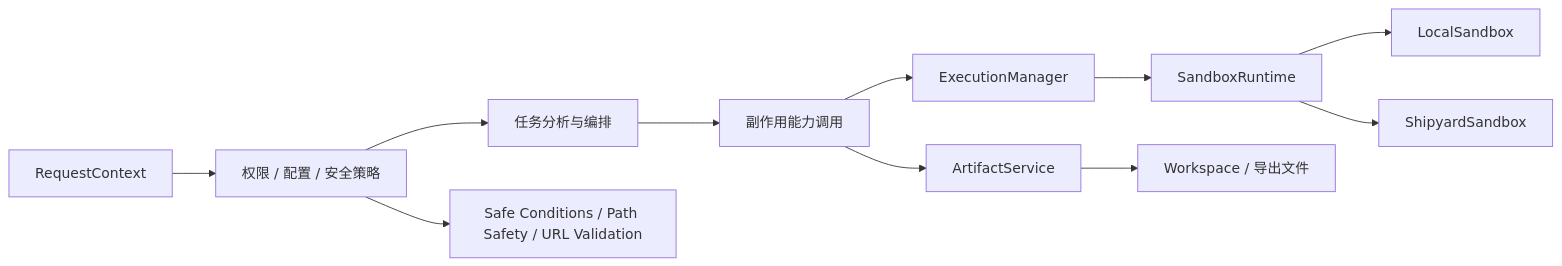
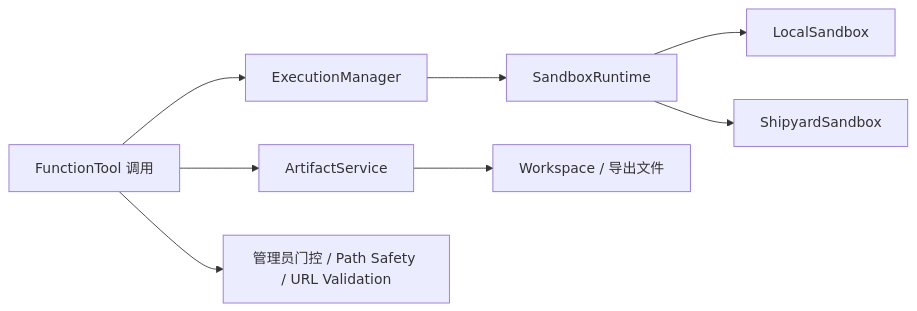
Before and after one commit to Jerry2003826/astrbot_orchestrator: the fifth of 5 diagrams in docs/architecture.md, drawn with Mermaid. The commit also changed other lines of this file and 126 other files, not shown here.

````diff
--- a/docs/architecture.md
+++ b/docs/architecture.md
@@ -104,13 +97,10 @@
 ```mermaid
 flowchart LR
-    Request[RequestContext] --> Policy[权限 / 配置 / 安全策略]
-    Policy --> Planner[任务分析与编排]
-    Planner --> Tools[副作用能力调用]
-    Tools --> Exec[ExecutionManager]
+    Tools[FunctionTool 调用] --> Exec[ExecutionManager]
     Exec --> Runtime[SandboxRuntime]
     Runtime --> Local[LocalSandbox]
     Runtime --> Shipyard[ShipyardSandbox]
     Tools --> Artifact[ArtifactService]
     Artifact --> Workspace[Workspace / 导出文件]
-    Policy --> Guards[Safe Conditions / Path Safety / URL Validation]
+    Tools --> Guards[管理员门控 / Path Safety / URL Validation]
 ```
````
